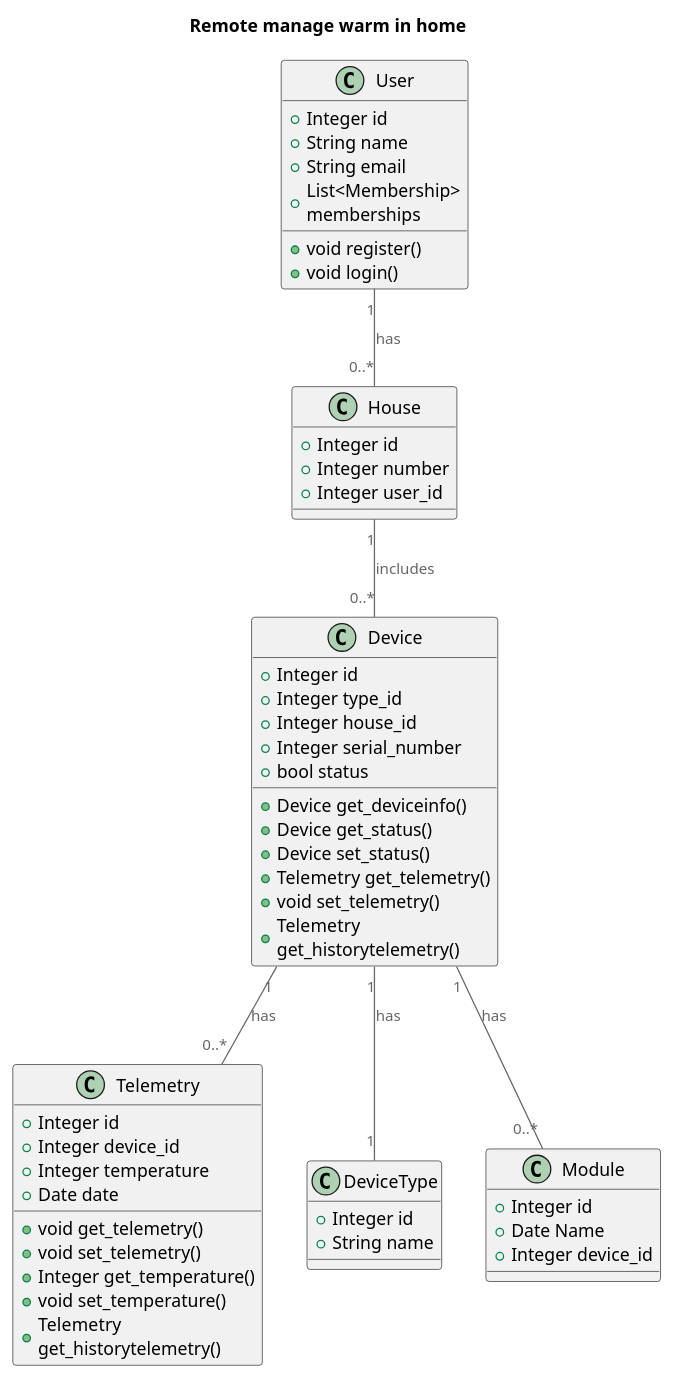
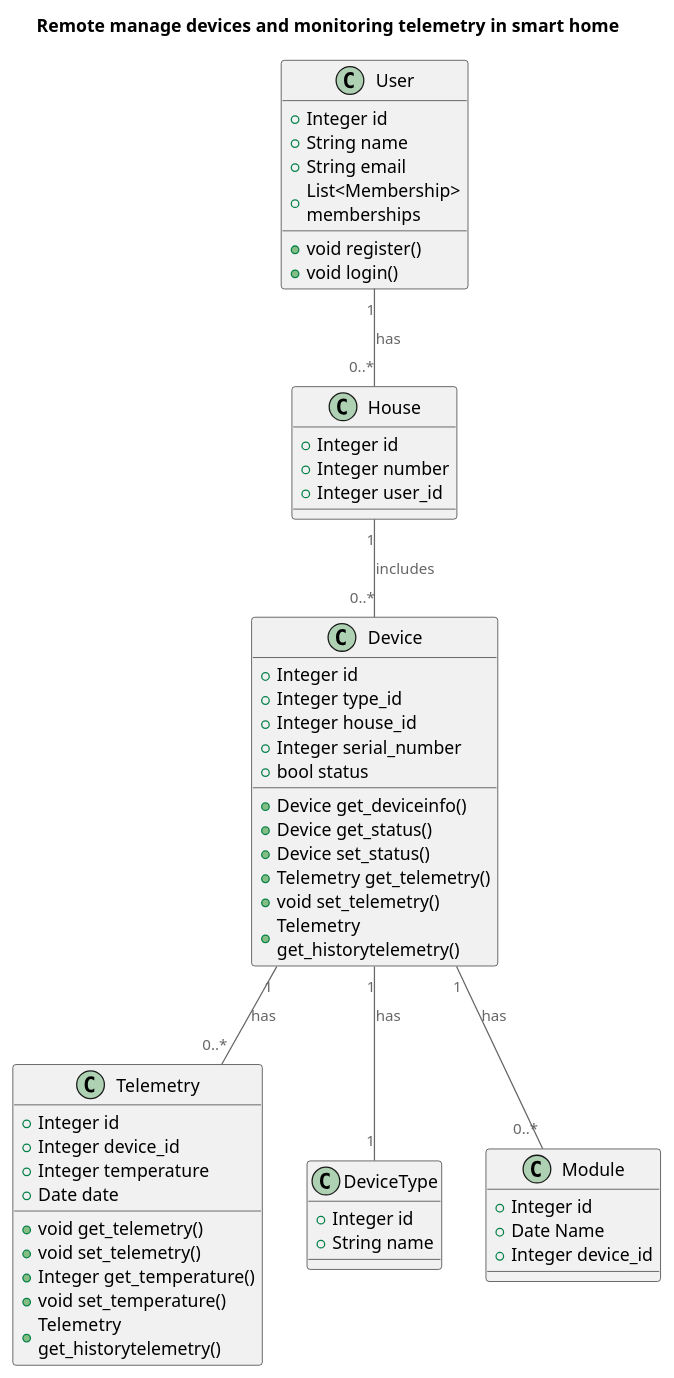
Before and after one commit to sdfasdfasfasf/architecture-sprint-3: the diagram in Sprint3_Task_1_2_3_4/src/1-3.puml, drawn with PlantUML. The commit also changed 4 other files, not shown here.

```diff
--- a/Sprint3_Task_1_2_3_4/src/1-3.puml
+++ b/Sprint3_Task_1_2_3_4/src/1-3.puml
@@ -1,66 +1,66 @@
 @startuml
-title Remote manage warm in home
+title Remote manage devices and monitoring telemetry in smart home
 
 top to bottom direction
 
 !includeurl https://raw.githubusercontent.com/RicardoNiepel/C4-PlantUML/master/C4_Component.puml
 
 class User {
   +Integer id
   +String name
   +String email
   +List<Membership> memberships
   +void register()
   +void login()
 }
 
 class House {
   +Integer id
   +Integer number
   +Integer user_id
 }
 
 class Device {
   +Integer id
   +Integer type_id
   +Integer house_id
   +Integer serial_number
   +bool status
   +Device get_deviceinfo()
   +Device get_status()
   +Device set_status()
   +Telemetry get_telemetry()
   +void set_telemetry()
   +Telemetry get_historytelemetry()
 }
 
 class Telemetry {
   +Integer id
   +Integer device_id
   +Integer temperature
   +Date date
   +void get_telemetry()
   +void set_telemetry()
   +Integer get_temperature()
   +void set_temperature()
   +Telemetry get_historytelemetry()
 }
 
 class DeviceType {
   +Integer id
   +String name
 }
 
 class Module {
   +Integer id
   +Date Name
   +Integer device_id
 }
 
 User "1" -- "0..*" House : has
 House "1" -- "0..*" Device : includes
 Device "1" -- "0..*" Telemetry : has
 Device "1" -- "1" DeviceType : has
 Device "1" -- "0..*" Module : has
 
 @enduml
```
